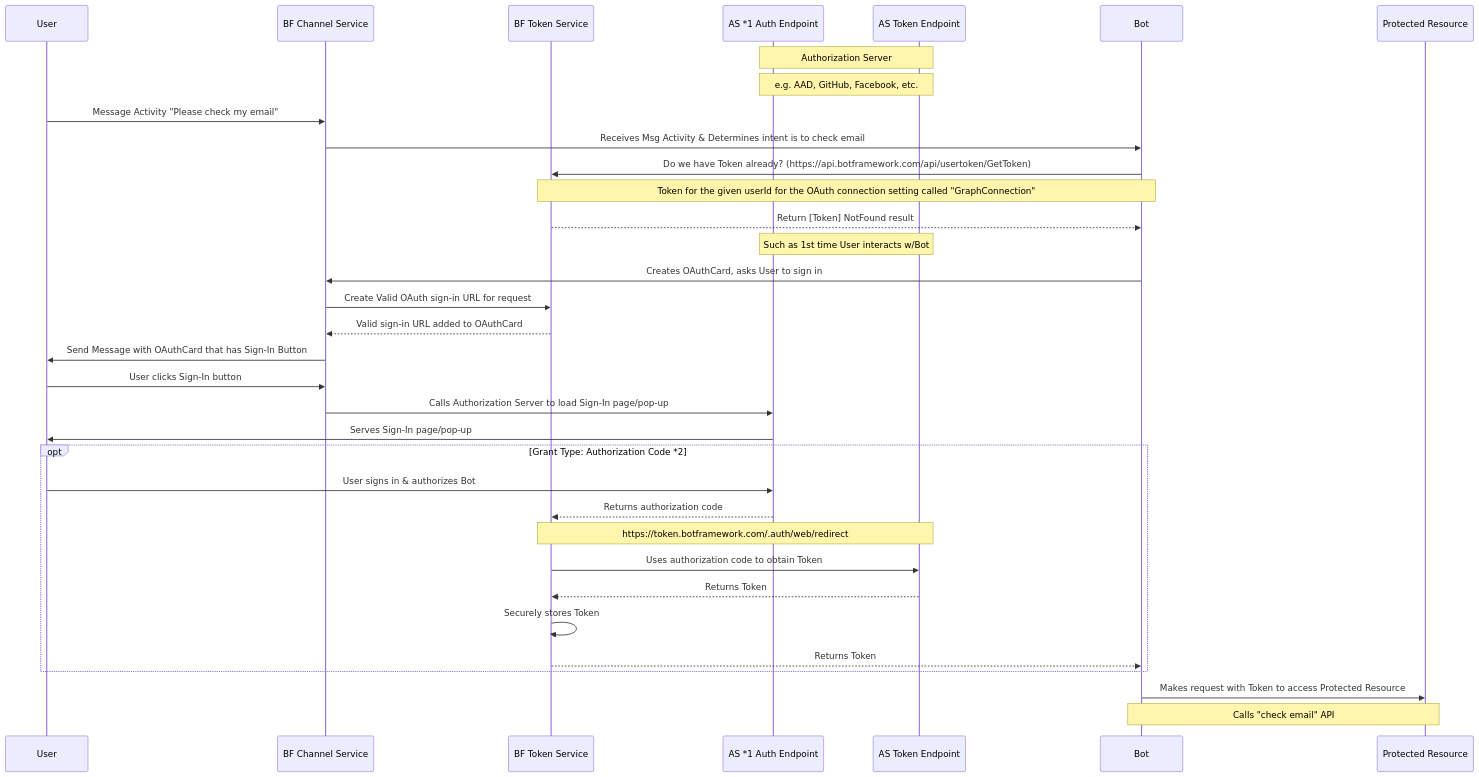
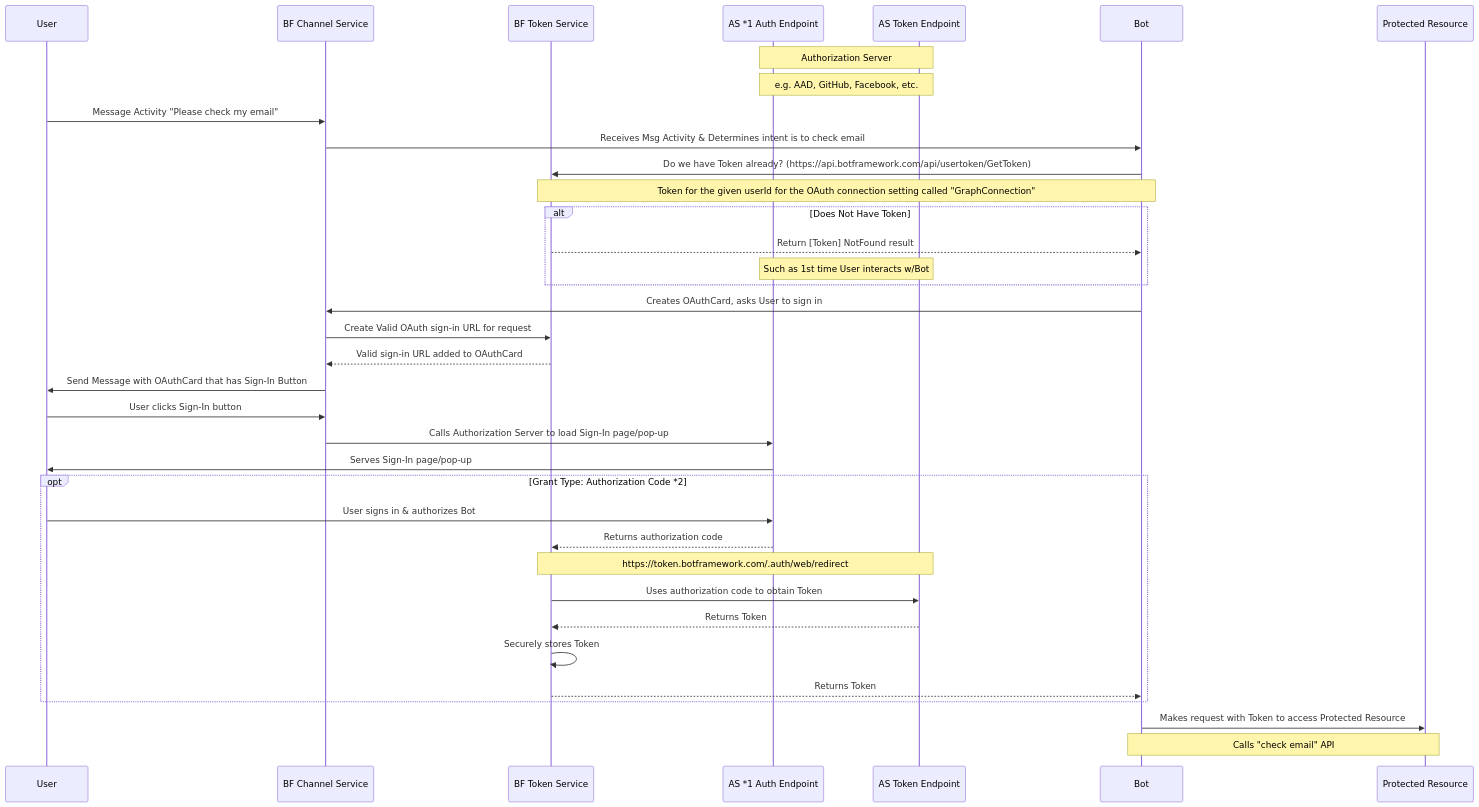
Before and after one commit to Zerryth/Mermaid: the first of 2 diagrams in MarkdownFiles/Authentication/AuthenticationDocExample_WithOAuthFlow.md, drawn with Mermaid. The commit also changed other lines of this file and 42 other files, not shown here.

````diff
--- a/MarkdownFiles/Authentication/AuthenticationDocExample_WithOAuthFlow.md
+++ b/MarkdownFiles/Authentication/AuthenticationDocExample_WithOAuthFlow.md
@@ -4,43 +4,47 @@
 ```mermaid
 sequenceDiagram
 
 participant User
 participant BFCS as BF Channel Service
 participant BFTS as BF Token Service
 participant ASAuth as AS *1 Auth Endpoint
 participant ASToken as AS Token Endpoint
 Note over ASAuth, ASToken: Authorization Server
 Note over ASAuth, ASToken: e.g. AAD, GitHub, Facebook, etc.
 participant Bot
 participant ProtectedResource as Protected Resource
 
 
 User ->> BFCS: Message Activity "Please check my email"
 BFCS ->> Bot: Receives Msg Activity & Determines intent is to check email
 Bot ->> BFTS: Do we have Token already? (https://api.botframework.com/api/usertoken/GetToken)
 Note over BFTS, Bot: Token for the given userId for the OAuth connection setting called "GraphConnection"
-BFTS -->> Bot: Return [Token] NotFound result
-Note over ASAuth, ASToken: Such as 1st time User interacts w/Bot
+
+alt Does Not Have Token
+    BFTS -->> Bot: Return [Token] NotFound result
+    Note over ASAuth, ASToken: Such as 1st time User interacts w/Bot
+end
+
 Bot ->> BFCS: Creates OAuthCard, asks User to sign in
 BFCS ->> BFTS: Create Valid OAuth sign-in URL for request
 BFTS -->> BFCS: Valid sign-in URL added to OAuthCard
 BFCS ->> User: Send Message with OAuthCard that has Sign-In Button
 User ->> BFCS: User clicks Sign-In button
 BFCS ->> ASAuth: Calls Authorization Server to load Sign-In page/pop-up
 ASAuth ->> User: Serves Sign-In page/pop-up
 
 opt Grant Type: Authorization Code *2
     User ->> ASAuth: User signs in & authorizes Bot
     ASAuth -->> BFTS: Returns authorization code
     Note over BFTS, ASToken: https://token.botframework.com/.auth/web/redirect
     BFTS ->> ASToken: Uses authorization code to obtain Token
     ASToken -->> BFTS: Returns Token
     BFTS ->> BFTS: Securely stores Token
     BFTS -->> Bot: Returns Token
 
 end
 
 Bot ->> ProtectedResource: Makes request with Token to access Protected Resource
 Note over Bot, ProtectedResource: Calls "check email" API
 
 ```
````
